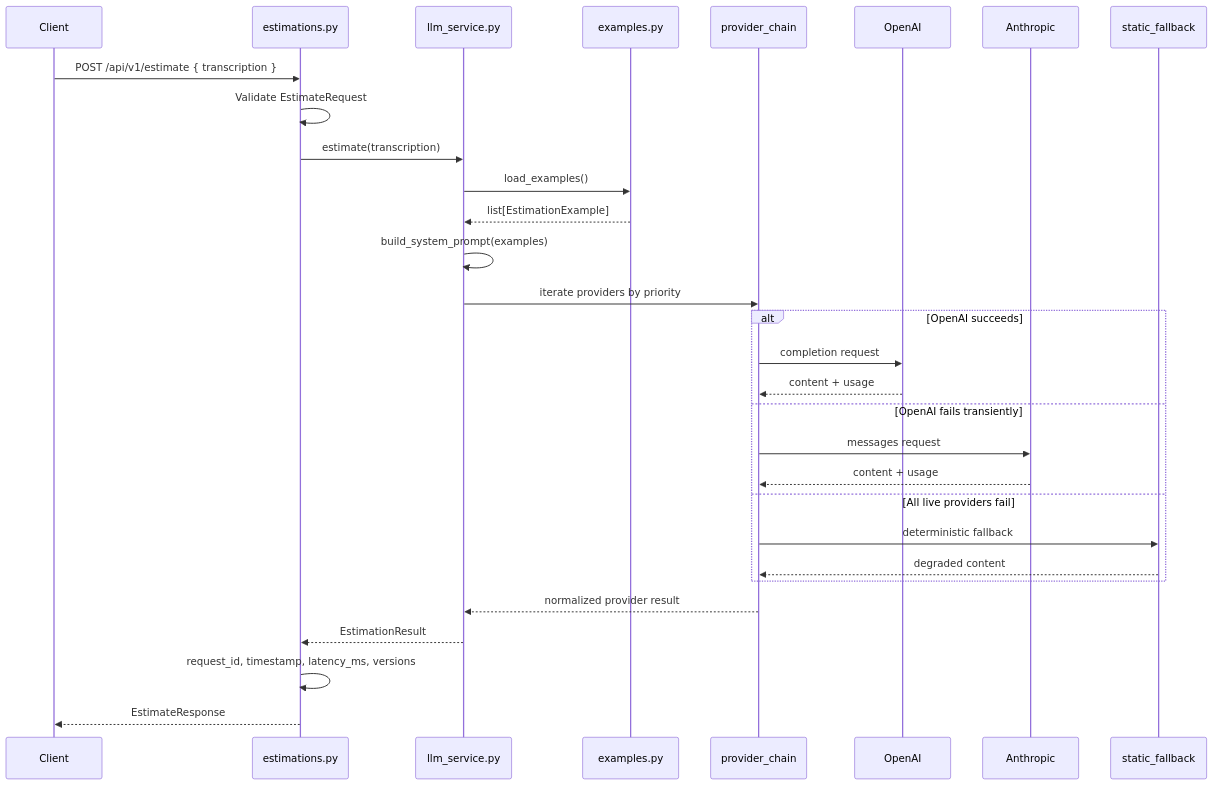
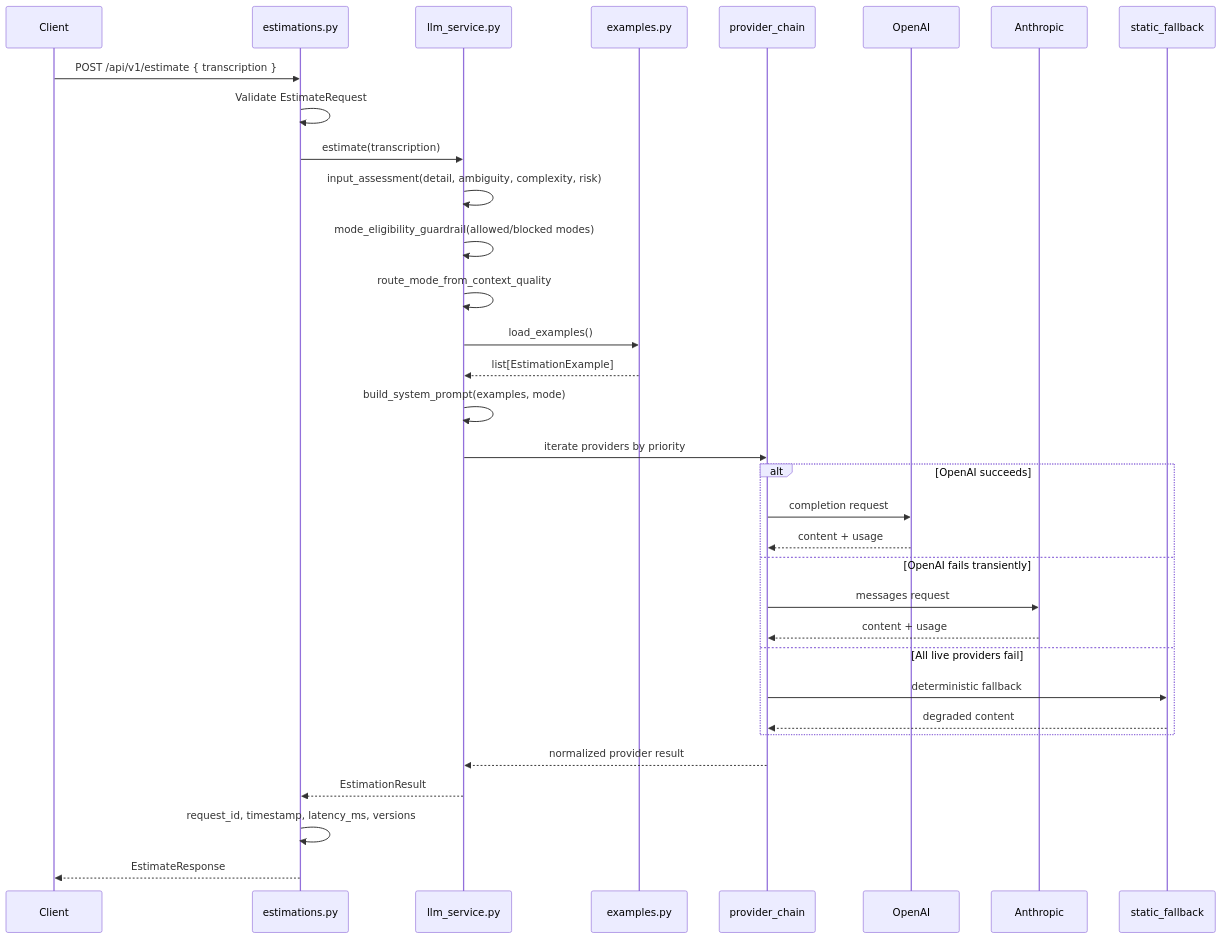
One commit to povedica/master-ia-lidr changed the second of 2 diagrams in proyectos/estimador-cag/docs/technical/README.md. Above: the diagram before and after it, drawn with Mermaid. The commit also changed other lines of this file and 2 other files, not shown here.

First line of the commit message:
docs(estimador-cag): sync prompts layout and prompt_version v2

````diff
--- a/proyectos/estimador-cag/docs/technical/README.md
+++ b/proyectos/estimador-cag/docs/technical/README.md
@@ -255,33 +266,36 @@
 ```mermaid
 sequenceDiagram
     participant Client
     participant Router as estimations.py
     participant Service as llm_service.py
     participant Context as examples.py
     participant Chain as provider_chain
     participant OpenAI
     participant Anthropic
     participant Static as static_fallback
 
     Client->>Router: POST /api/v1/estimate { transcription }
     Router->>Router: Validate EstimateRequest
     Router->>Service: estimate(transcription)
+    Service->>Service: input_assessment(detail, ambiguity, complexity, risk)
+    Service->>Service: mode_eligibility_guardrail(allowed/blocked modes)
+    Service->>Service: route_mode_from_context_quality
     Service->>Context: load_examples()
     Context-->>Service: list[EstimationExample]
-    Service->>Service: build_system_prompt(examples)
+    Service->>Service: build_system_prompt(examples, mode)
     Service->>Chain: iterate providers by priority
     alt OpenAI succeeds
         Chain->>OpenAI: completion request
         OpenAI-->>Chain: content + usage
     else OpenAI fails transiently
         Chain->>Anthropic: messages request
         Anthropic-->>Chain: content + usage
     else All live providers fail
         Chain->>Static: deterministic fallback
         Static-->>Chain: degraded content
     end
     Chain-->>Service: normalized provider result
     Service-->>Router: EstimationResult
     Router->>Router: request_id, timestamp, latency_ms, versions
     Router-->>Client: EstimateResponse
 ```
````
